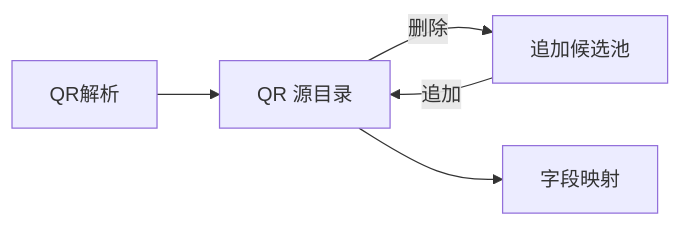
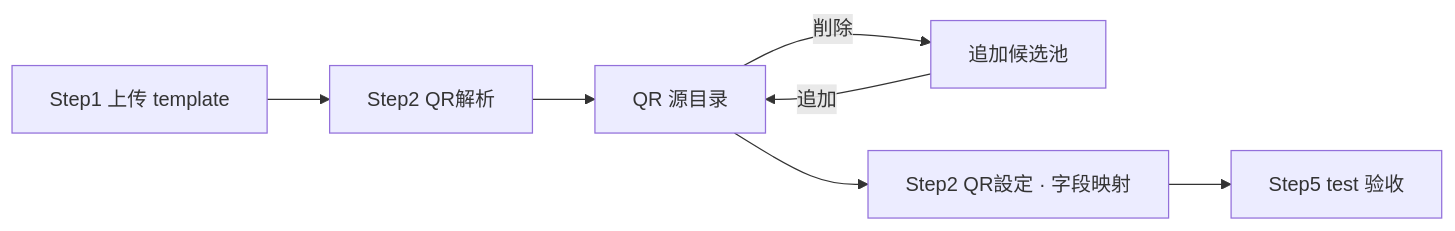
Before and after one commit to aruirage/-IDP-workflow2: the first of 4 diagrams in PRD.zh-CN.md, drawn with Mermaid. The commit also changed other lines of this file and 22 other files, not shown here.

````diff
--- a/PRD.zh-CN.md
+++ b/PRD.zh-CN.md
@@ -878,7 +436,14 @@
 ```mermaid
 flowchart LR
-  scan[QR解析] --> catalog[QR 源目录]
-  catalog -->|删除| pool[追加候选池]
+  step1["Step1 上传 template"]
+  scan["Step2 QR解析"]
+  catalog["QR 源目录"]
+  pool["追加候选池"]
+  map["Step2 QR設定 · 字段映射"]
+  test["Step5 test 验收"]
+
+  step1 --> scan --> catalog
+  catalog -->|"削除"| pool
   pool -->|追加| catalog
-  catalog --> map[字段映射]
+  catalog --> map --> test
 ```
````
